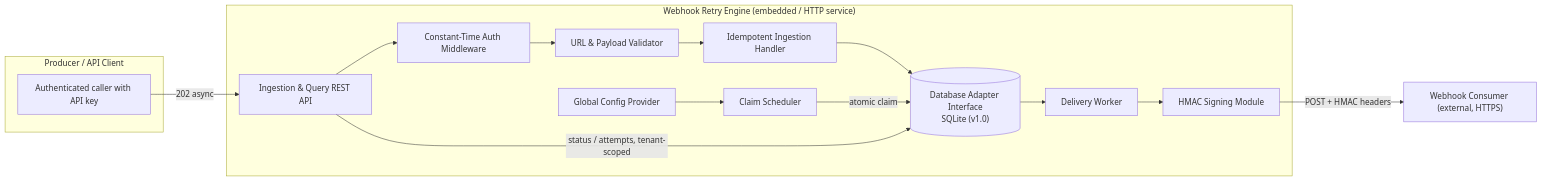
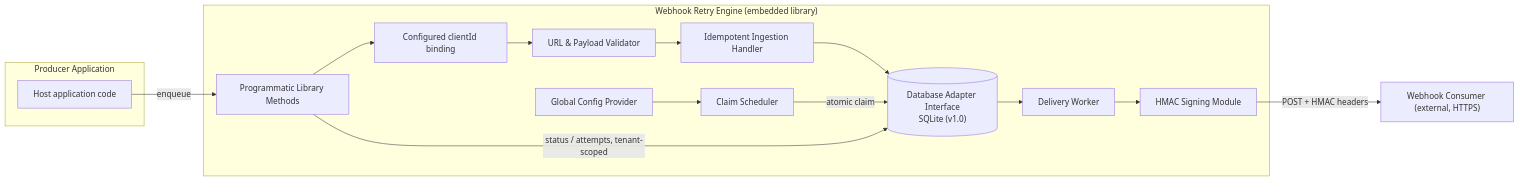
One commit to hamidjavadi/webhook-delivery-engine changed the first of 4 diagrams in docs/02-design/SDD.md. Above: the diagram before and after it, drawn with Mermaid. The commit also changed other lines of this file and 11 other files, not shown here.

Commit message:
docs(scope): align v1 docs with embedded engine (closes #74)

````diff
--- a/docs/02-design/SDD.md
+++ b/docs/02-design/SDD.md
@@ -52,24 +52,24 @@
 ```mermaid
 flowchart LR
-    subgraph Client["Producer / API Client"]
-        P[Authenticated caller with API key]
+    subgraph Client["Producer Application"]
+        P[Host application code]
     end
-    subgraph Engine["Webhook Retry Engine (embedded / HTTP service)"]
-        API[Ingestion & Query REST API]
-        AUTH[Constant-Time Auth Middleware]
+    subgraph Engine["Webhook Retry Engine (embedded library)"]
+        API[Programmatic Library Methods]
+        TENANT[Configured clientId binding]
         SSRF[URL & Payload Validator]
         ING[Idempotent Ingestion Handler]
         CFG[Global Config Provider]
         SCHED[Claim Scheduler]
         WORK[Delivery Worker]
         SIGN[HMAC Signing Module]
         DB[("Database Adapter Interface\nSQLite (v1.0)")]
     end
     Consumer["Webhook Consumer (external, HTTPS)"]
 
-    P -->|202 async| API --> AUTH --> SSRF --> ING --> DB
+    P -->|enqueue| API --> TENANT --> SSRF --> ING --> DB
     CFG --> SCHED
     SCHED -->|atomic claim| DB --> WORK
     WORK --> SIGN -->|POST + HMAC headers| Consumer
     API -->|status / attempts, tenant-scoped| DB
 ```
````
